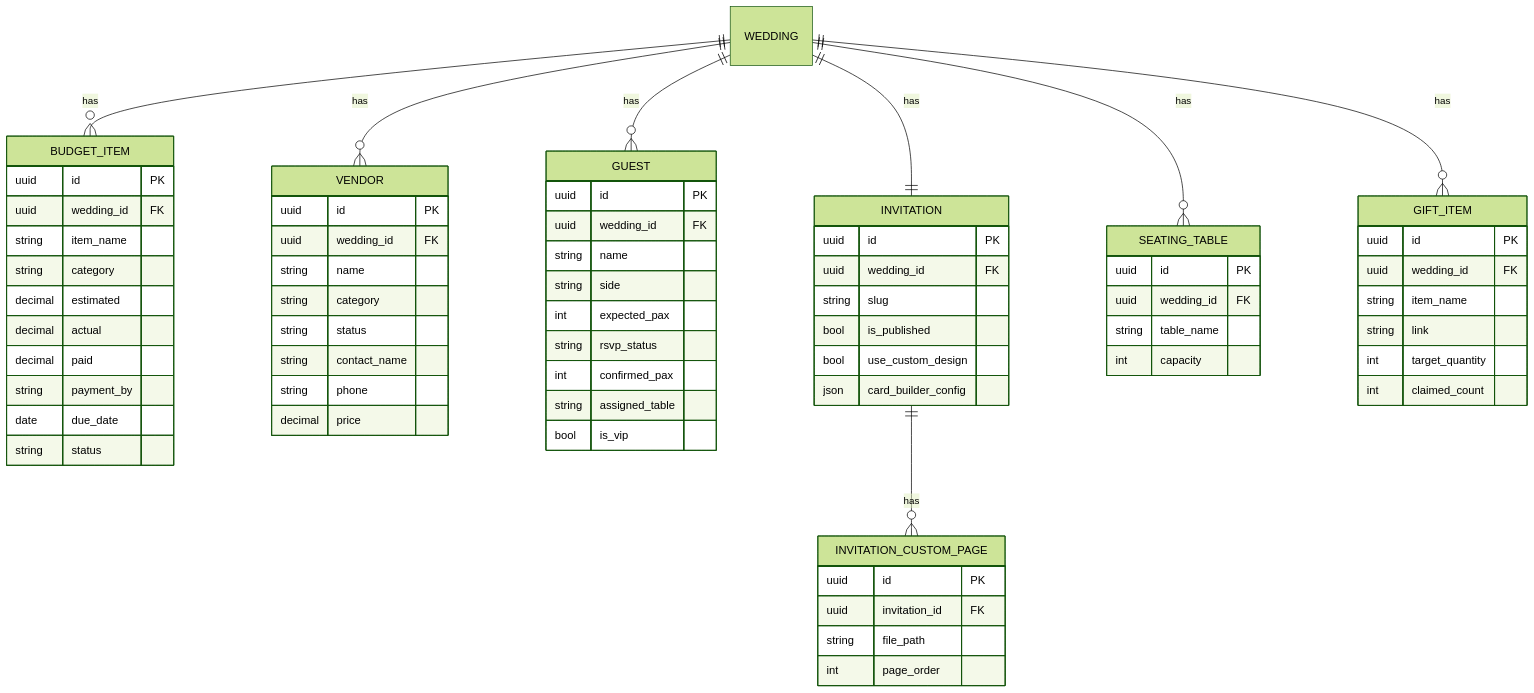
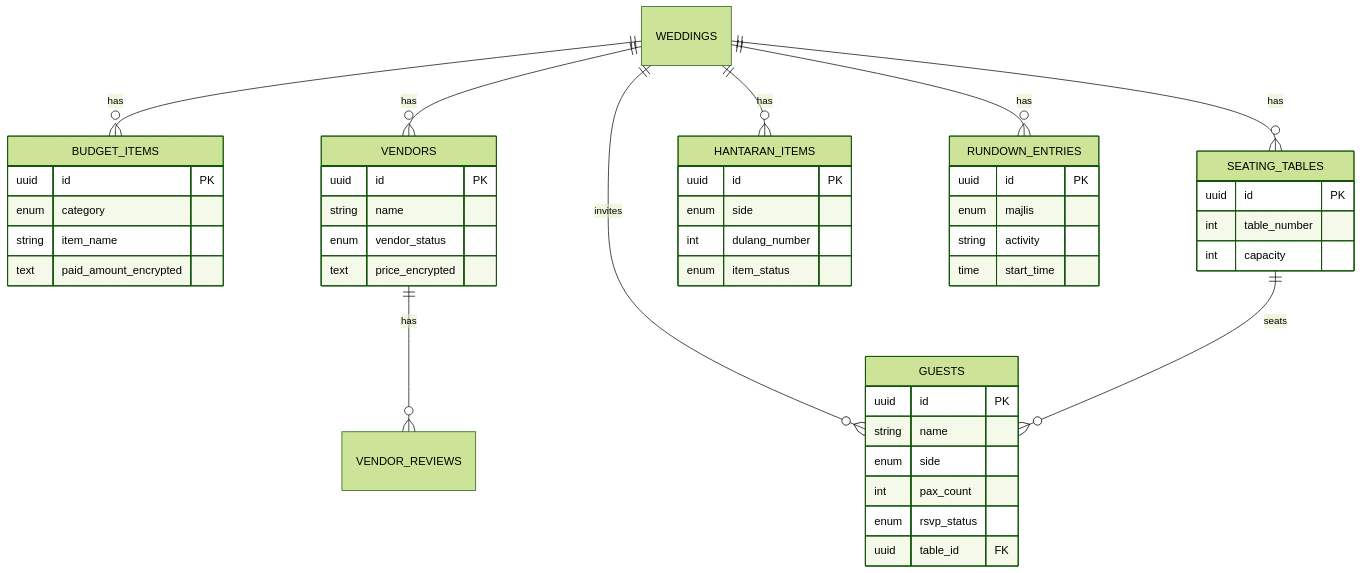
One commit to snsyaqirah/snsyaqirah.github.io changed the ninth of 17 diagrams in portfolio-react/public/docs/planluhh.md. Above: the diagram before and after it, drawn with Mermaid (forest theme). The commit also changed other lines of this file and 101 other files, not shown here.

````diff
--- a/portfolio-react/public/docs/planluhh.md
+++ b/portfolio-react/public/docs/planluhh.md
@@ -293,71 +320,49 @@
 ```mermaid
 erDiagram
-    BUDGET_ITEM {
+    WEDDINGS ||--o{ BUDGET_ITEMS : has
+    WEDDINGS ||--o{ VENDORS : has
+    VENDORS ||--o{ VENDOR_REVIEWS : has
+    WEDDINGS ||--o{ GUESTS : invites
+    WEDDINGS ||--o{ SEATING_TABLES : has
+    SEATING_TABLES ||--o{ GUESTS : seats
+    WEDDINGS ||--o{ HANTARAN_ITEMS : has
+    WEDDINGS ||--o{ RUNDOWN_ENTRIES : has
+
+    BUDGET_ITEMS {
         uuid id PK
-        uuid wedding_id FK
+        enum category
         string item_name
-        string category
-        decimal estimated
-        decimal actual
-        decimal paid
-        string payment_by
-        date due_date
-        string status
+        text paid_amount_encrypted
     }
-    VENDOR {
+    VENDORS {
         uuid id PK
-        uuid wedding_id FK
         string name
-        string category
-        string status
-        string contact_name
-        string phone
-        decimal price
+        enum vendor_status
+        text price_encrypted
     }
-    GUEST {
+    GUESTS {
         uuid id PK
-        uuid wedding_id FK
         string name
-        string side
-        int expected_pax
-        string rsvp_status
-        int confirmed_pax
-        string assigned_table
-        bool is_vip
+        enum side
+        int pax_count
+        enum rsvp_status
+        uuid table_id FK
     }
-    INVITATION {
+    SEATING_TABLES {
         uuid id PK
-        uuid wedding_id FK
-        string slug
-        bool is_published
-        bool use_custom_design
-        json card_builder_config
-    }
-    INVITATION_CUSTOM_PAGE {
-        uuid id PK
-        uuid invitation_id FK
-        string file_path
-        int page_order
-    }
-    SEATING_TABLE {
-        uuid id PK
-        uuid wedding_id FK
-        string table_name
+        int table_number
         int capacity
     }
-    GIFT_ITEM {
+    HANTARAN_ITEMS {
         uuid id PK
-        uuid wedding_id FK
-        string item_name
-        string link
-        int target_quantity
-        int claimed_count
+        enum side
+        int dulang_number
+        enum item_status
     }
-    WEDDING ||--o{ BUDGET_ITEM : "has"
-    WEDDING ||--o{ VENDOR : "has"
-    WEDDING ||--o{ GUEST : "has"
-    WEDDING ||--|| INVITATION : "has"
-    INVITATION ||--o{ INVITATION_CUSTOM_PAGE : "has"
-    WEDDING ||--o{ SEATING_TABLE : "has"
-    WEDDING ||--o{ GIFT_ITEM : "has"
+    RUNDOWN_ENTRIES {
+        uuid id PK
+        enum majlis
+        string activity
+        time start_time
+    }
 ```
````
